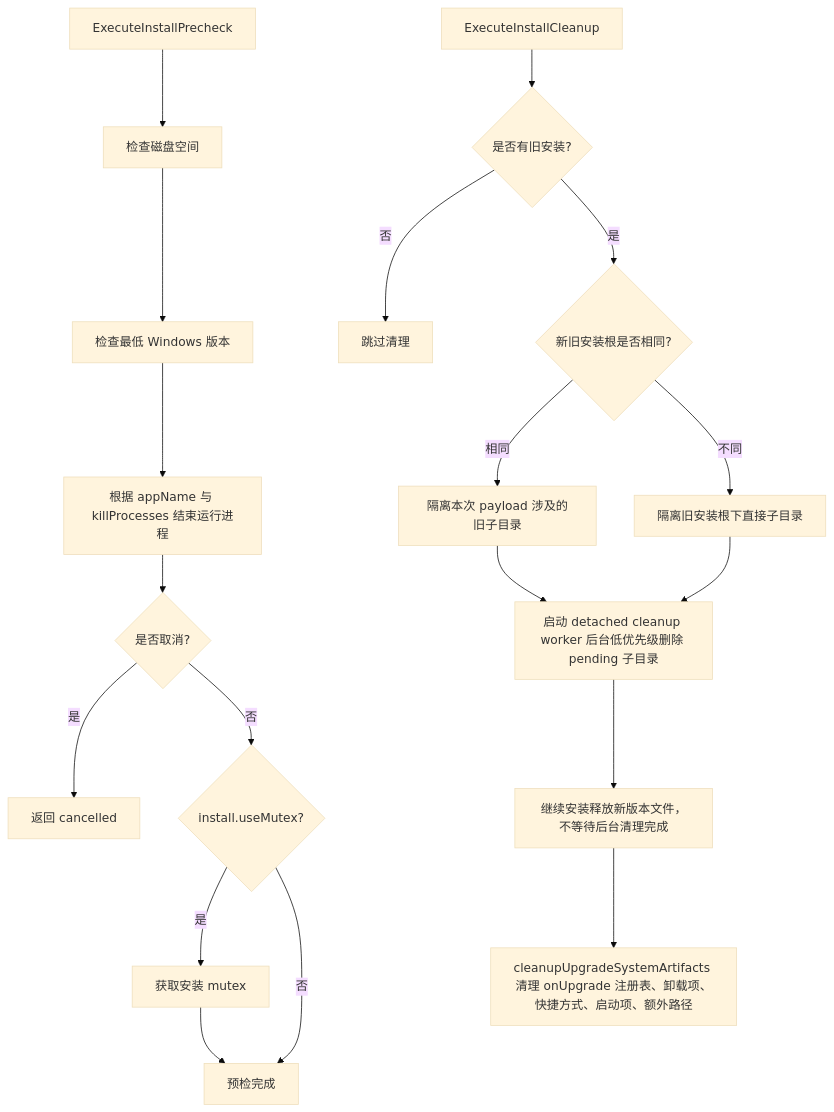
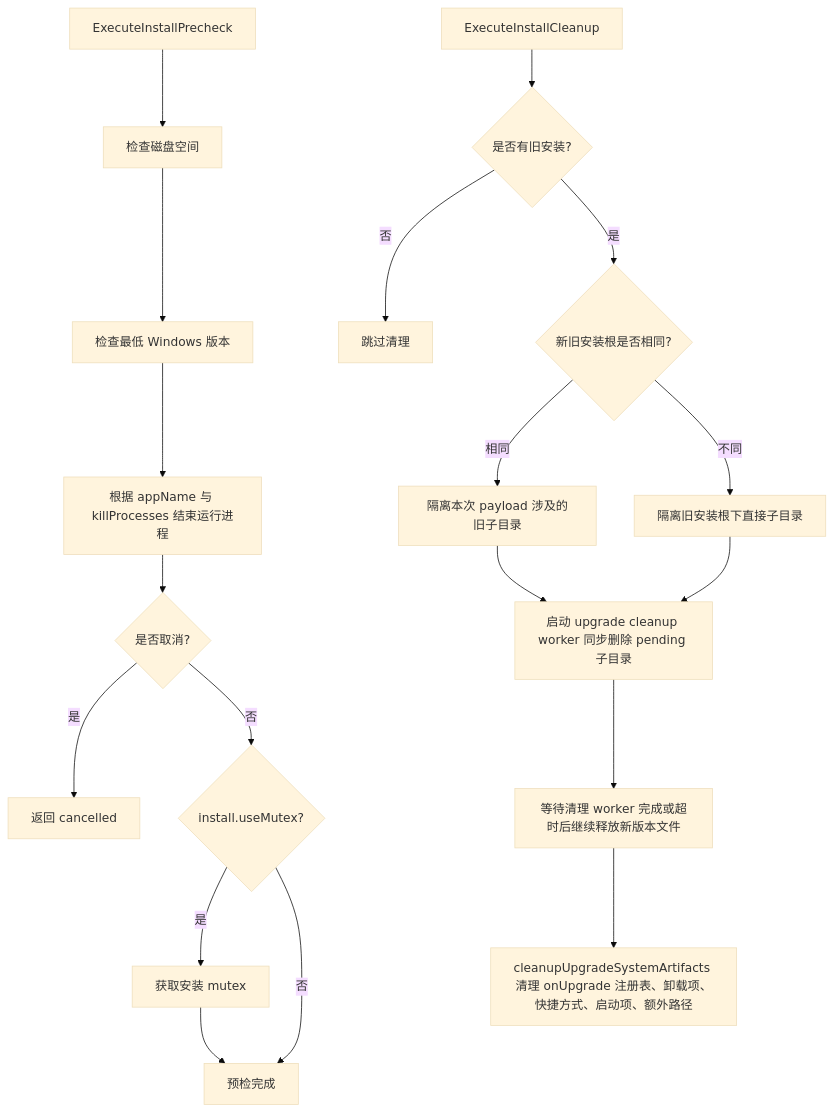
Before and after one commit to lu020218/Multi-Threaded_Installer: the sixth of 11 diagrams in docs/安装器流程图.md, drawn with Mermaid (base theme). The commit also changed other lines of this file and 29 other files, not shown here.

````diff
--- a/docs/安装器流程图.md
+++ b/docs/安装器流程图.md
@@ -128,22 +127,22 @@
 ```mermaid
 flowchart TD
     A["ExecuteInstallPrecheck"] --> B["检查磁盘空间"]
     B --> C["检查最低 Windows 版本"]
     C --> D["根据 appName 与 killProcesses 结束运行进程"]
     D --> E{"是否取消?"}
     E -->|是| E1["返回 cancelled"]
     E -->|否| F{"install.useMutex?"}
     F -->|是| F1["获取安装 mutex"]
     F -->|否| G["预检完成"]
     F1 --> G
 
     H["ExecuteInstallCleanup"] --> I{"是否有旧安装?"}
     I -->|否| I1["跳过清理"]
     I -->|是| J{"新旧安装根是否相同?"}
     J -->|相同| K["隔离本次 payload 涉及的旧子目录"]
     J -->|不同| L["隔离旧安装根下直接子目录"]
-    K --> M["启动 detached cleanup worker 后台低优先级删除 pending 子目录"]
+    K --> M["启动 upgrade cleanup worker 同步删除 pending 子目录"]
     L --> M
-    M --> N["继续安装释放新版本文件，不等待后台清理完成"]
+    M --> N["等待清理 worker 完成或超时后继续释放新版本文件"]
     N --> O["cleanupUpgradeSystemArtifacts 清理 onUpgrade 注册表、卸载项、快捷方式、启动项、额外路径"]
 ```
````
